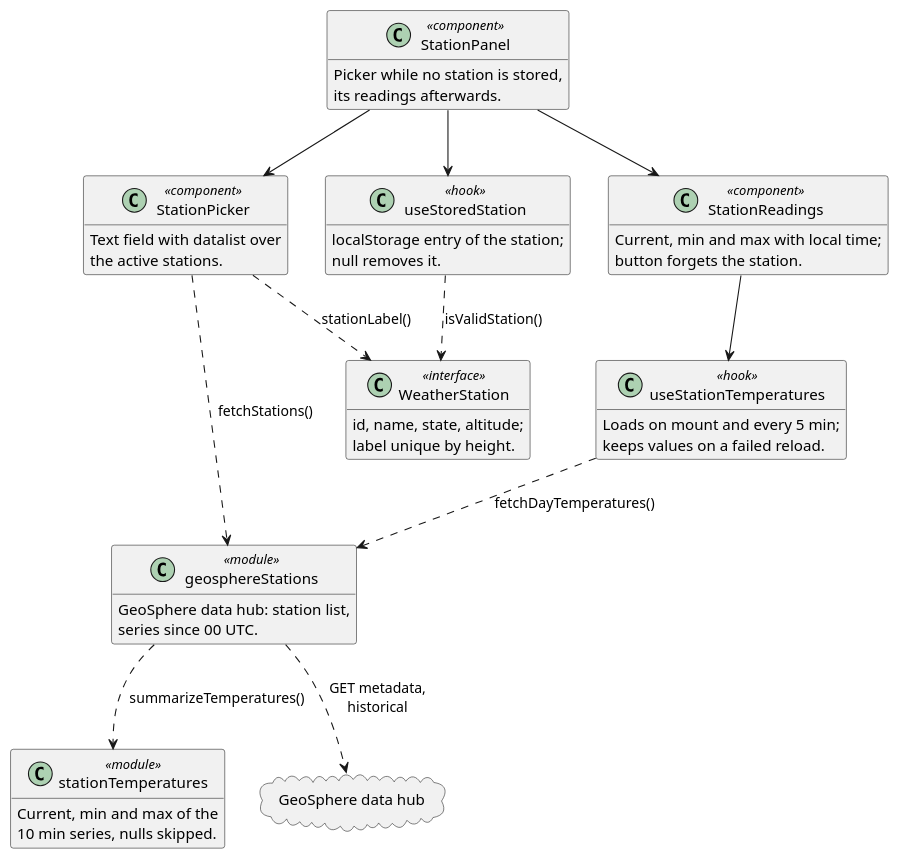
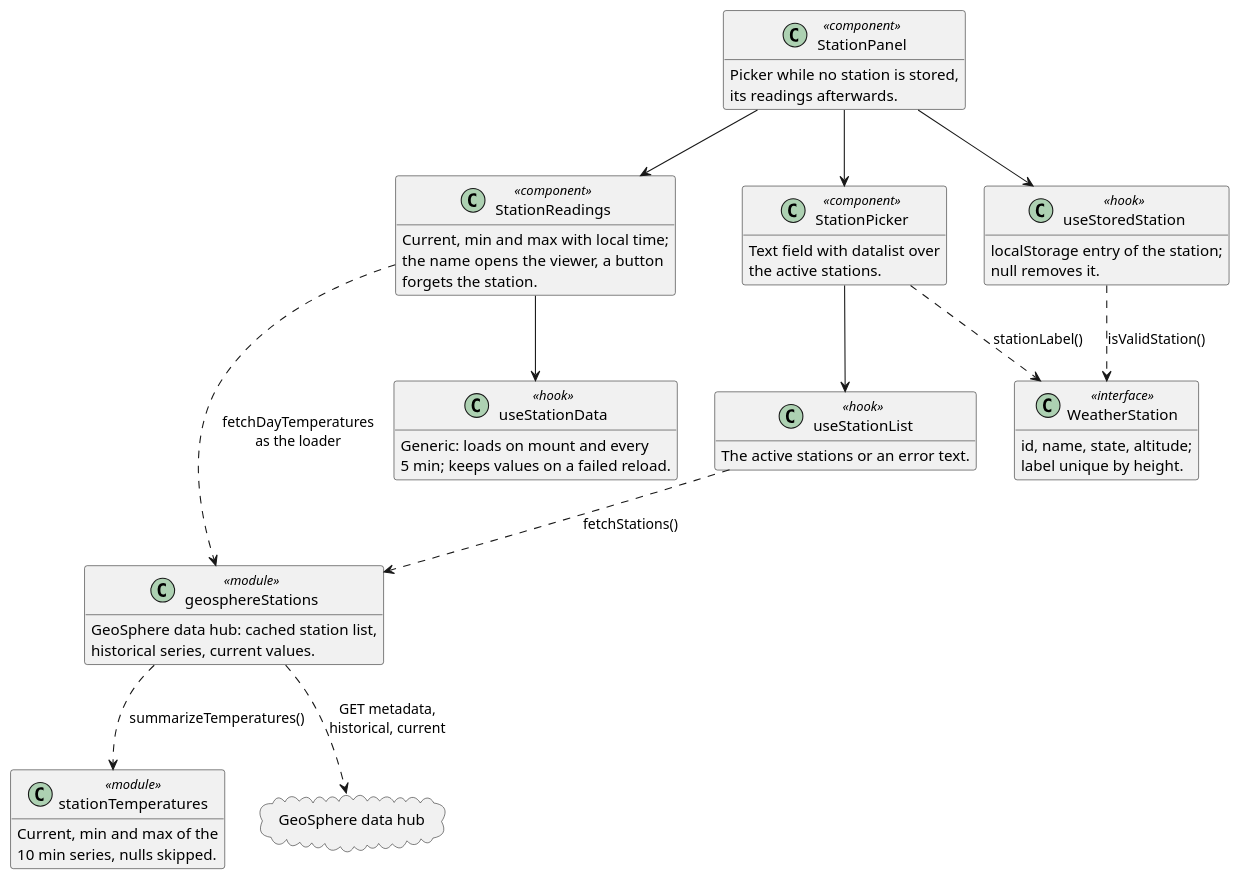
The third of 4 diagrams in REFERENCE.webapp.md (schletz/wetterkartenviewer), drawn with PlantUML before and after one commit. The commit also changed other lines of this file and 30 other files, not shown here.

First line of the commit message:
Show the measurements of a GeoSphere station in a window

````diff
--- a/REFERENCE.webapp.md
+++ b/REFERENCE.webapp.md
@@ -259,49 +261,54 @@
 ```plantuml
 @startuml station
 allowmixing
 hide empty members
 class StationPanel <<component>> {
  Picker while no station is stored,
  its readings afterwards.
 }
 class StationPicker <<component>> {
  Text field with datalist over
  the active stations.
 }
 class StationReadings <<component>> {
  Current, min and max with local time;
- button forgets the station.
+ the name opens the viewer, a button
+ forgets the station.
 }
 class useStoredStation <<hook>> {
  localStorage entry of the station;
  null removes it.
 }
-class useStationTemperatures <<hook>> {
- Loads on mount and every 5 min;
- keeps values on a failed reload.
+class useStationData <<hook>> {
+ Generic: loads on mount and every
+ 5 min; keeps values on a failed reload.
+}
+class useStationList <<hook>> {
+ The active stations or an error text.
 }
 class WeatherStation <<interface>> {
  id, name, state, altitude;
  label unique by height.
 }
 class stationTemperatures <<module>> {
  Current, min and max of the
  10 min series, nulls skipped.
 }
 class geosphereStations <<module>> {
- GeoSphere data hub: station list,
- series since 00 UTC.
+ GeoSphere data hub: cached station list,
+ historical series, current values.
 }
 cloud "GeoSphere data hub" as hub
 StationPanel --> useStoredStation
 StationPanel --> StationPicker
 StationPanel --> StationReadings
-StationPicker ..> geosphereStations : fetchStations()
+StationPicker --> useStationList
 StationPicker ..> WeatherStation : stationLabel()
-StationReadings --> useStationTemperatures
-useStationTemperatures ..> geosphereStations : fetchDayTemperatures()
+StationReadings --> useStationData
+StationReadings ..> geosphereStations : fetchDayTemperatures\nas the loader
+useStationList ..> geosphereStations : fetchStations()
 geosphereStations ..> stationTemperatures : summarizeTemperatures()
-geosphereStations ..> hub : GET metadata,\nhistorical
+geosphereStations ..> hub : GET metadata,\nhistorical, current
 useStoredStation ..> WeatherStation : isValidStation()
 @enduml
 ```
````
